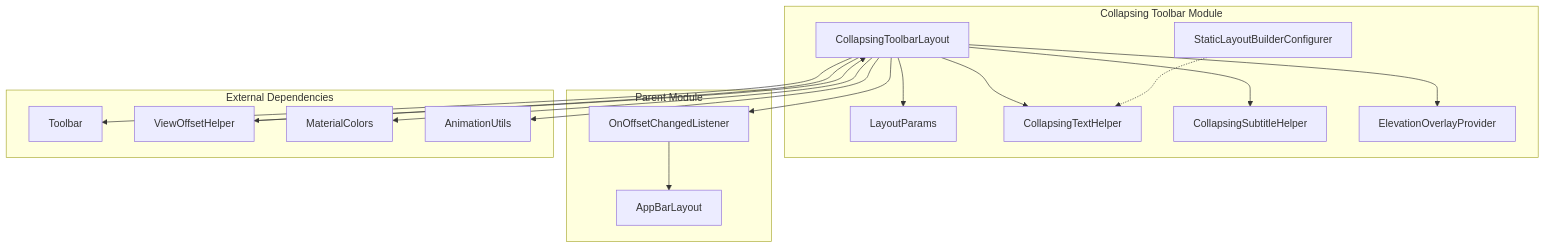
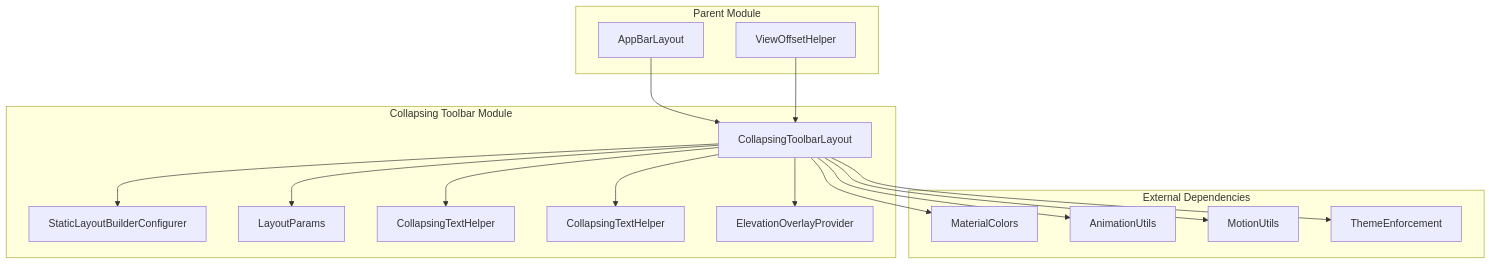
Before and after one commit to FSoft-AI4Code/codewiki-demo: the first of 3 diagrams in docs/material-components--material-components-android-docs/collapsing-toolbar.md, drawn with Mermaid. The commit also changed other lines of this file and 1103 other files, not shown here.

````diff
--- a/docs/material-components--material-components-android-docs/collapsing-toolbar.md
+++ b/docs/material-components--material-components-android-docs/collapsing-toolbar.md
@@ -22,37 +22,37 @@
 ```mermaid
 graph TB
     subgraph "Collapsing Toolbar Module"
         CTL[CollapsingToolbarLayout]
         SLC[StaticLayoutBuilderConfigurer]
         LP[LayoutParams]
         CTH[CollapsingTextHelper]
-        CSUB[CollapsingSubtitleHelper]
+        CSUB[CollapsingTextHelper]
         EOP[ElevationOverlayProvider]
     end
     
     subgraph "Parent Module"
         ABL[AppBarLayout]
-        OCL[OnOffsetChangedListener]
+        VO[ViewOffsetHelper]
     end
     
     subgraph "External Dependencies"
-        TB[Toolbar]
-        VO[ViewOffsetHelper]
         MC[MaterialColors]
         AU[AnimationUtils]
+        MU[MotionUtils]
+        TE[ThemeEnforcement]
     end
     
     CTL --> CTH
     CTL --> CSUB
     CTL --> EOP
     CTL --> LP
-    CTL --> OCL
-    CTL --> TB
-    CTL --> VO
+    CTL --> SLC
+    
+    ABL --> CTL
+    VO --> CTL
+    
     CTL --> MC
     CTL --> AU
-    
-    SLC -.-> CTH
-    OCL --> ABL
-    VO --> CTL
+    CTL --> MU
+    CTL --> TE
 ```
````
